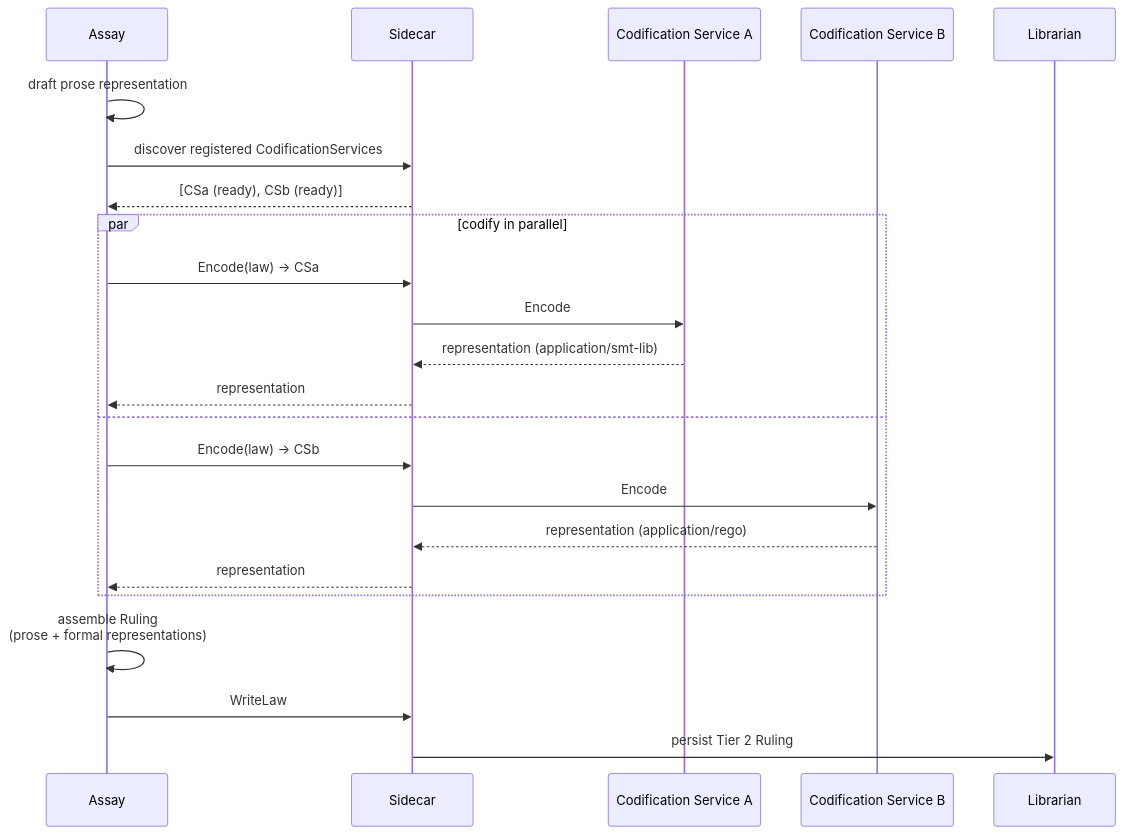
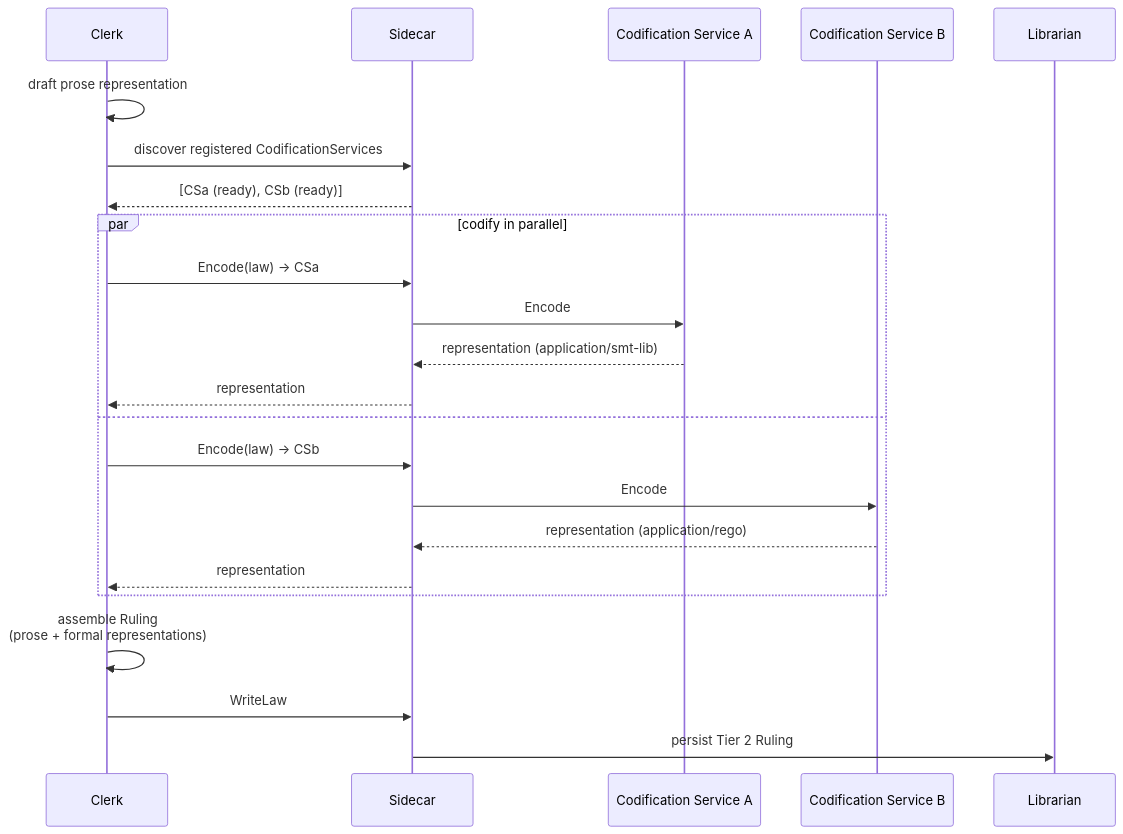
The third of 4 diagrams in specs/02-flow/04-system-services.md (really-knows-ai/gideas), drawn with Mermaid before and after one commit. The commit also changed other lines of this file and 34 other files, not shown here.

First line of the commit message:
refactor: decompose Assay into Judiciary subsystem (Arbiter, Tribunal, Advocate, Jury, Clerk)

````diff
--- a/specs/02-flow/04-system-services.md
+++ b/specs/02-flow/04-system-services.md
@@ -186,26 +243,26 @@
 ```mermaid
 sequenceDiagram
-    participant AS as Assay
+    participant CL as Clerk
     participant SC as Sidecar
     participant CSa as Codification Service A
     participant CSb as Codification Service B
     participant LB as Librarian
 
-    AS->>AS: draft prose representation
-    AS->>SC: discover registered CodificationServices
-    SC-->>AS: [CSa (ready), CSb (ready)]
+    CL->>CL: draft prose representation
+    CL->>SC: discover registered CodificationServices
+    SC-->>CL: [CSa (ready), CSb (ready)]
     par codify in parallel
-        AS->>SC: Encode(law) -> CSa
+        CL->>SC: Encode(law) -> CSa
         SC->>CSa: Encode
         CSa-->>SC: representation (application/smt-lib)
-        SC-->>AS: representation
+        SC-->>CL: representation
     and
-        AS->>SC: Encode(law) -> CSb
+        CL->>SC: Encode(law) -> CSb
         SC->>CSb: Encode
         CSb-->>SC: representation (application/rego)
-        SC-->>AS: representation
+        SC-->>CL: representation
     end
-    AS->>AS: assemble Ruling<br/>(prose + formal representations)
-    AS->>SC: WriteLaw
+    CL->>CL: assemble Ruling<br/>(prose + formal representations)
+    CL->>SC: WriteLaw
     SC->>LB: persist Tier 2 Ruling
 ```
````
